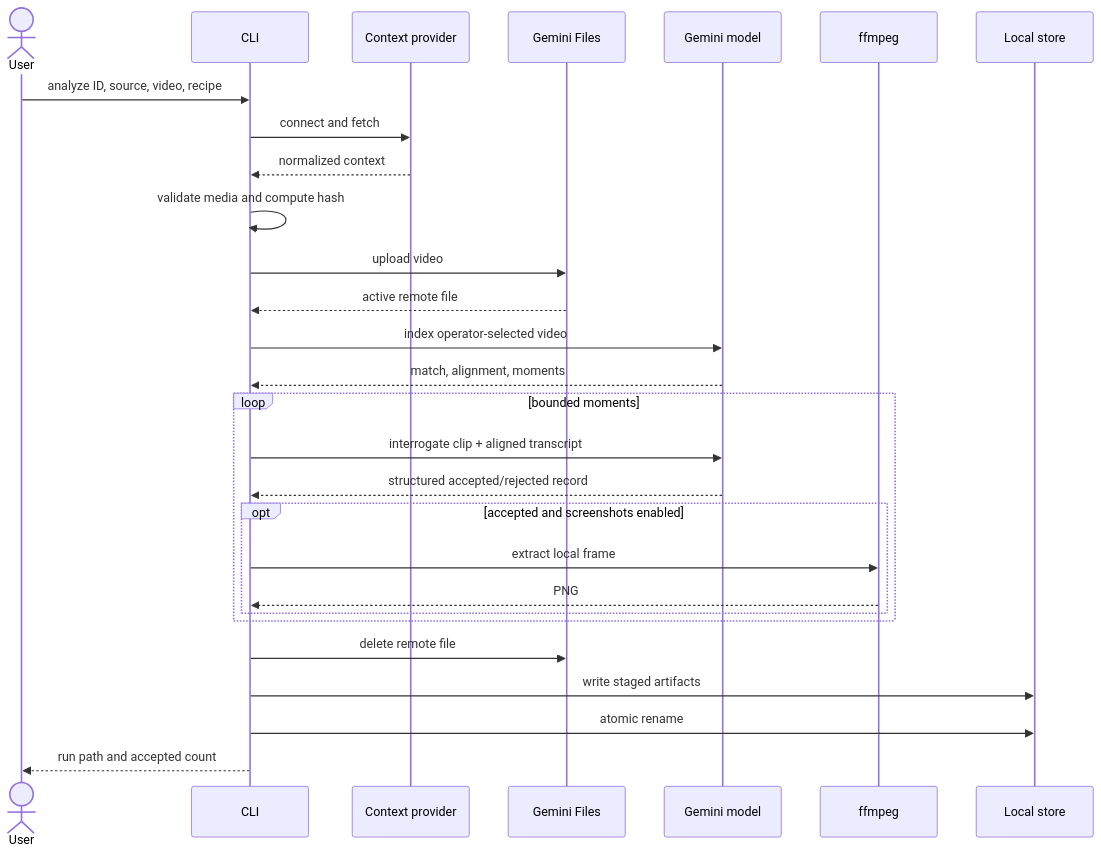
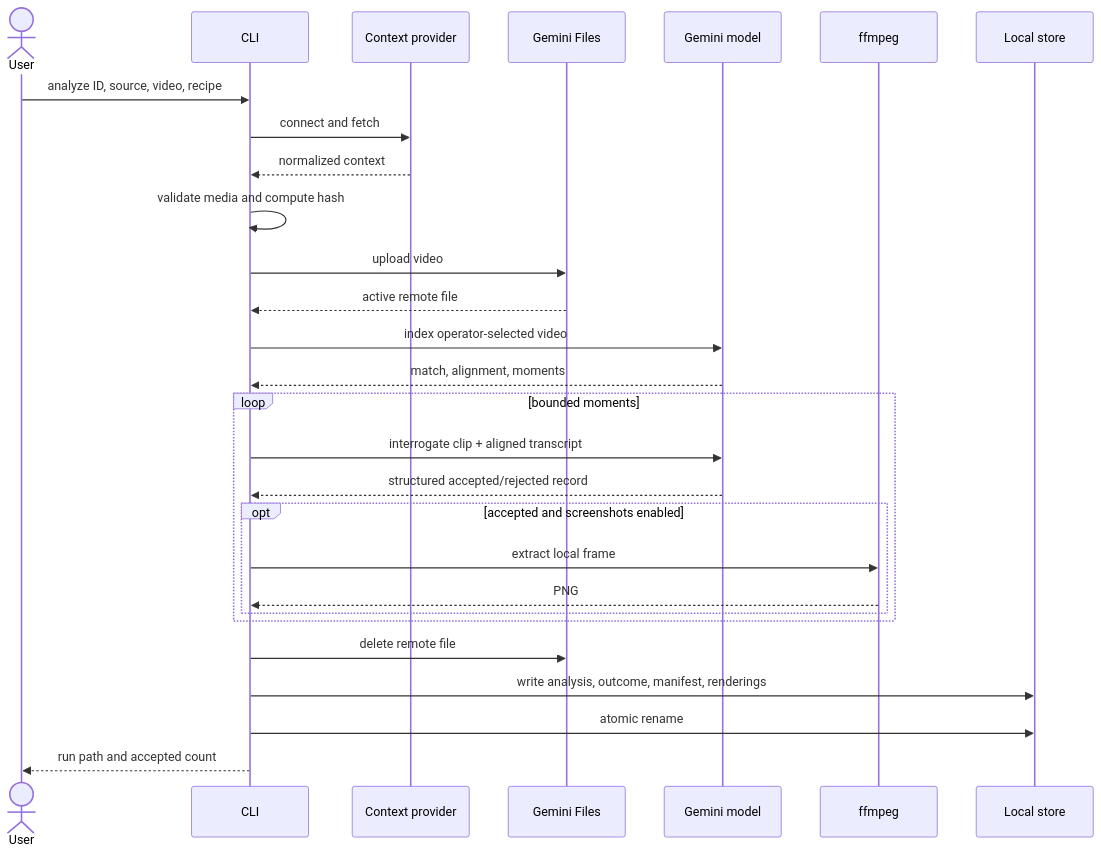
The third of 8 diagrams in docs/ARCHITECTURE.md (jchu96/frame-of-mind), drawn with Mermaid before and after one commit. The commit also changed other lines of this file and 47 other files, not shown here.

````diff
--- a/docs/ARCHITECTURE.md
+++ b/docs/ARCHITECTURE.md
@@ -324,31 +351,31 @@
 ```mermaid
 sequenceDiagram
     actor User
     participant CLI
     participant Context as Context provider
     participant Files as Gemini Files
     participant Model as Gemini model
     participant FF as ffmpeg
     participant Disk as Local store
 
     User->>CLI: analyze ID, source, video, recipe
     CLI->>Context: connect and fetch
     Context-->>CLI: normalized context
     CLI->>CLI: validate media and compute hash
     CLI->>Files: upload video
     Files-->>CLI: active remote file
     CLI->>Model: index operator-selected video
     Model-->>CLI: match, alignment, moments
     loop bounded moments
         CLI->>Model: interrogate clip + aligned transcript
         Model-->>CLI: structured accepted/rejected record
         opt accepted and screenshots enabled
             CLI->>FF: extract local frame
             FF-->>CLI: PNG
         end
     end
     CLI->>Files: delete remote file
-    CLI->>Disk: write staged artifacts
+    CLI->>Disk: write analysis, outcome, manifest, renderings
     CLI->>Disk: atomic rename
     CLI-->>User: run path and accepted count
 ```
````
